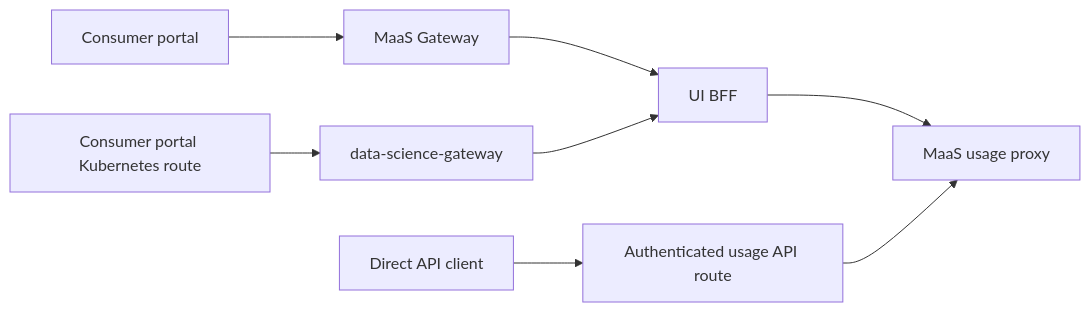
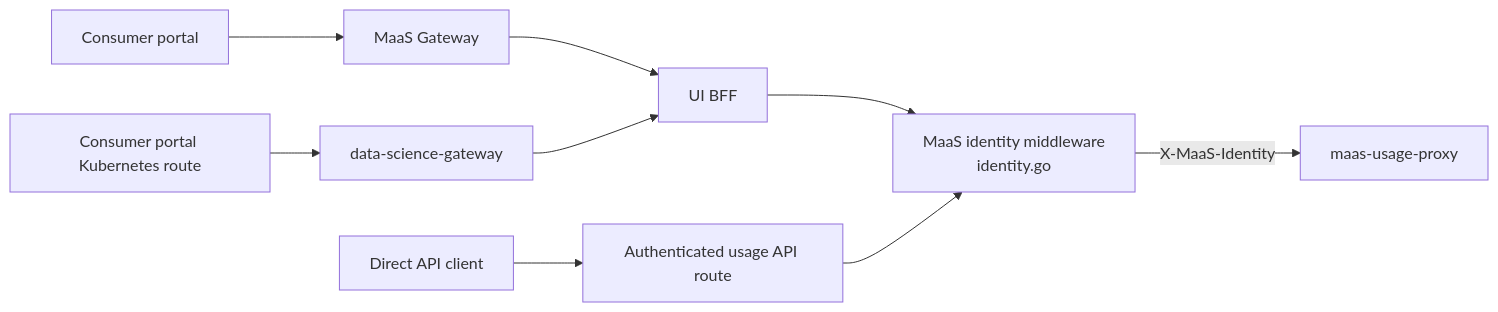
The diagram in architecture-decision-records/model-serving/ODH-ADR-MS-0009-maas-usage-dashboard-oidc-authorization-and-data-scoping.md (opendatahub-io/architecture-decision-records), drawn with Mermaid before and after one commit. The commit also changed other lines of this file, not shown here.

Commit message:
centralize identity handling

````diff
--- a/architecture-decision-records/model-serving/ODH-ADR-MS-0009-maas-usage-dashboard-oidc-authorization-and-data-scoping.md
+++ b/architecture-decision-records/model-serving/ODH-ADR-MS-0009-maas-usage-dashboard-oidc-authorization-and-data-scoping.md
@@ -109,10 +110,11 @@
 ```mermaid
 flowchart LR
   Portal[Consumer portal] --> MG[MaaS Gateway]
   Separate[Consumer portal Kubernetes route] --> KR[data-science-gateway]
   MG --> BFF[UI BFF]
   KR --> BFF
-  BFF --> Usage[MaaS usage proxy]
+  BFF --> Identity["MaaS identity middleware<br/>identity.go"]
   API[Direct API client] --> AG[Authenticated usage API route]
-  AG --> Usage
+  AG --> Identity
+  Identity -->|X-MaaS-Identity| Usage[maas-usage-proxy]
 ```
````
